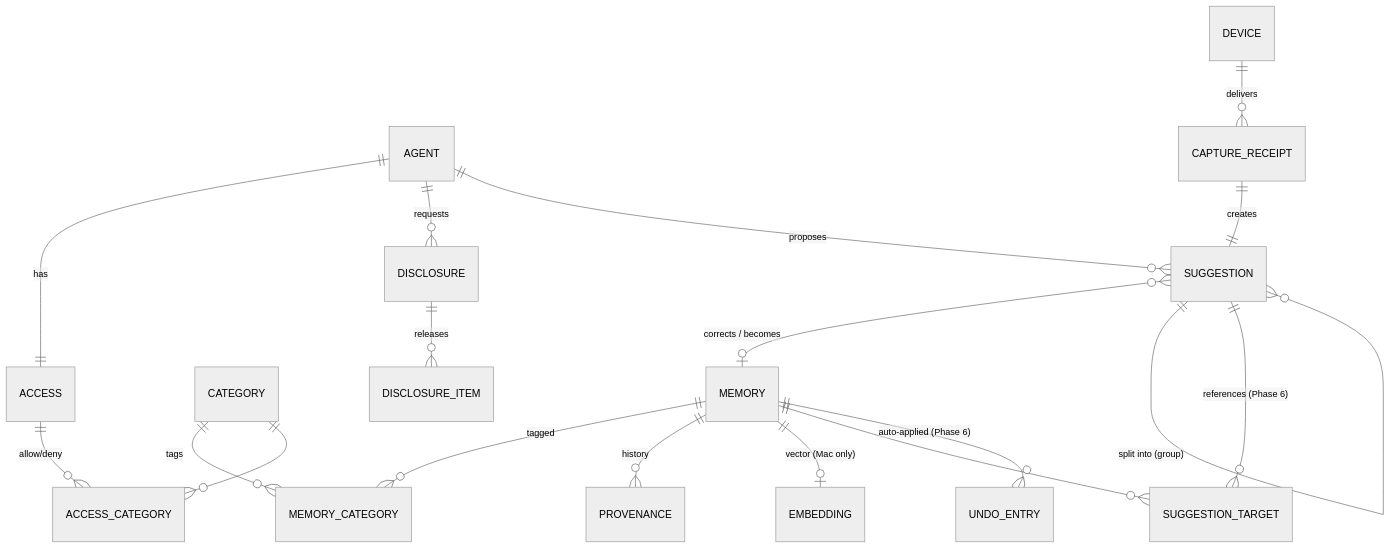
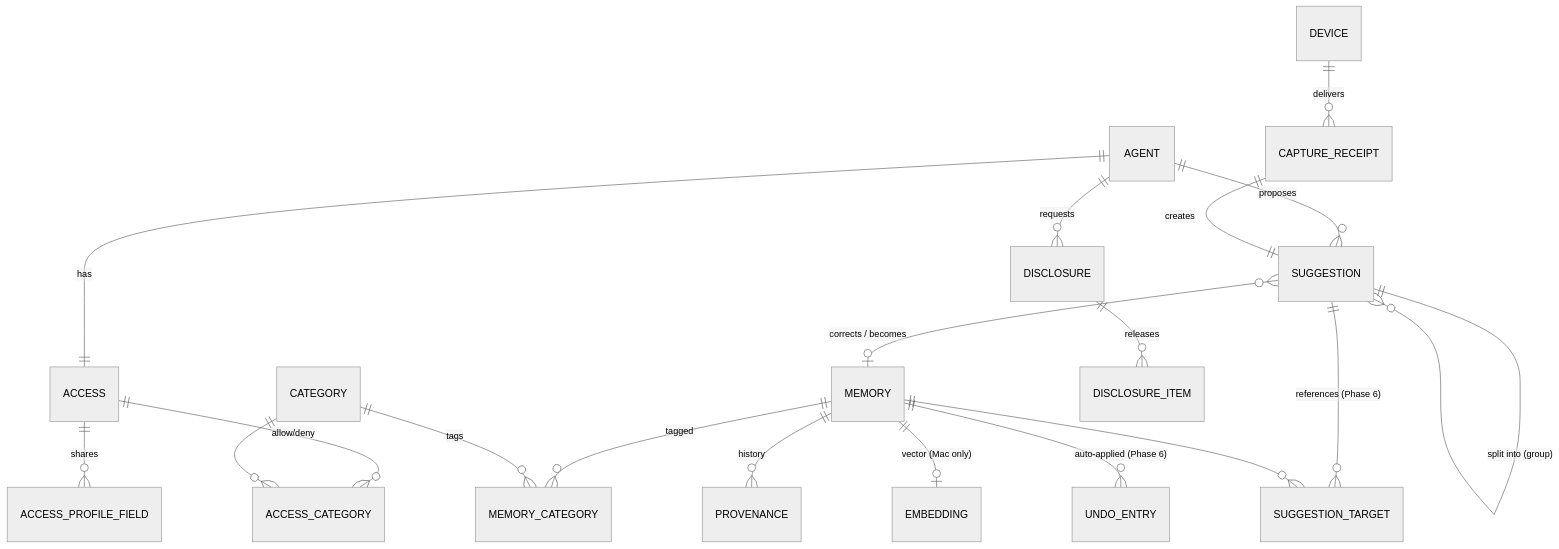
The first of 4 diagrams in spec/domain/domain-model.md (bereciartua/funes-vault-app), drawn with Mermaid (neutral theme) before and after one commit. The commit also changed other lines of this file and 18 other files, not shown here.

First line of the commit message:
Spec: About you profile, shared with agents per field (ADR-0026)

````diff
--- a/spec/domain/domain-model.md
+++ b/spec/domain/domain-model.md
@@ -7,20 +7,21 @@
 ```mermaid
 erDiagram
     MEMORY ||--o{ MEMORY_CATEGORY : "tagged"
     CATEGORY ||--o{ MEMORY_CATEGORY : "tags"
     MEMORY ||--o{ PROVENANCE : "history"
     MEMORY ||--o| EMBEDDING : "vector (Mac only)"
     SUGGESTION }o--o| MEMORY : "corrects / becomes"
     AGENT ||--|| ACCESS : "has"
     ACCESS ||--o{ ACCESS_CATEGORY : "allow/deny"
+    ACCESS ||--o{ ACCESS_PROFILE_FIELD : "shares"
     CATEGORY ||--o{ ACCESS_CATEGORY : ""
     AGENT ||--o{ DISCLOSURE : "requests"
     DISCLOSURE ||--o{ DISCLOSURE_ITEM : "releases"
     AGENT ||--o{ SUGGESTION : "proposes"
     DEVICE ||--o{ CAPTURE_RECEIPT : "delivers"
     CAPTURE_RECEIPT ||--|| SUGGESTION : "creates"
     SUGGESTION ||--o{ SUGGESTION : "split into (group)"
     SUGGESTION ||--o{ SUGGESTION_TARGET : "references (Phase 6)"
     MEMORY ||--o{ SUGGESTION_TARGET : ""
     MEMORY ||--o{ UNDO_ENTRY : "auto-applied (Phase 6)"
 ```
````
